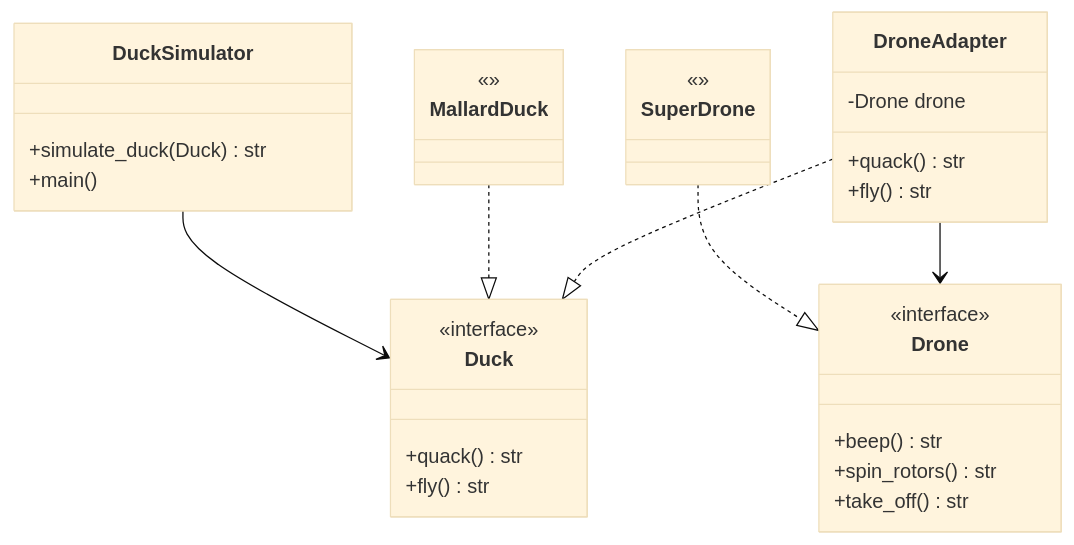
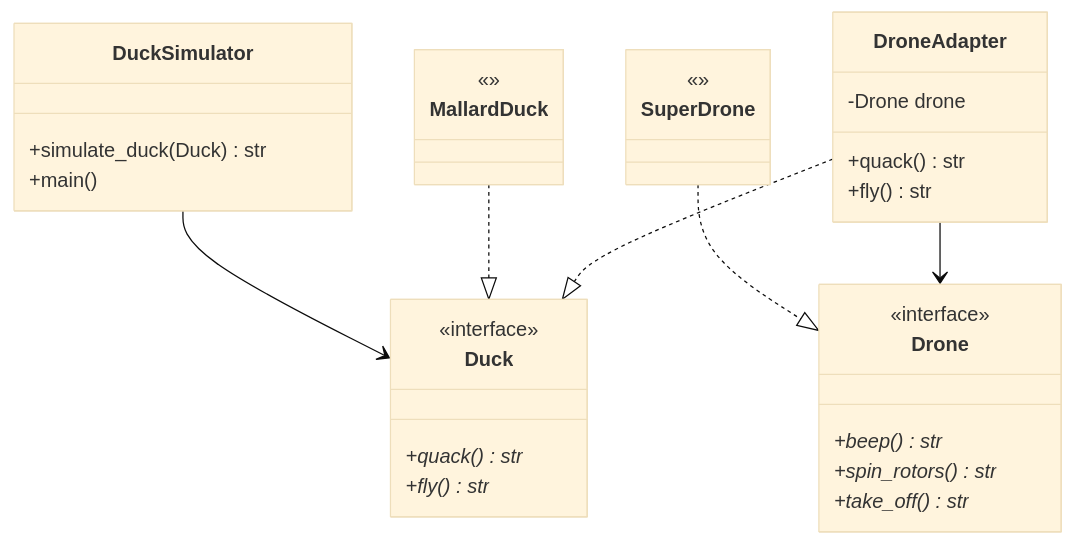
Before and after one commit to kvin007/test_readme: the diagram in SOLUTION2.md, drawn with Mermaid (base theme).

````diff
--- a/SOLUTION2.md
+++ b/SOLUTION2.md
@@ -21,37 +21,37 @@
 ```mermaid
 classDiagram
 class DuckSimulator {
     +simulate_duck(Duck) str
     +main()
 }
 class Duck {
     <<interface>>
-    +quack() str
-    +fly() str
+    +quack()* str
+    +fly()* str
 }
 class MallardDuck {
     <<>>
 }
 
 class Drone {
     <<interface>>
-    +beep() str
-    +spin_rotors() str
-    +take_off() str
+    +beep()* str
+    +spin_rotors()* str
+    +take_off()* str
 }
 class SuperDrone {
     <<>>
 }
 
 class DroneAdapter
 DroneAdapter : -Drone  drone
 DroneAdapter :  +quack() str
 DroneAdapter :  +fly() str
 
 
 DuckSimulator --> Duck
 MallardDuck ..|> Duck
 SuperDrone ..|> Drone
 DroneAdapter ..|> Duck
 DroneAdapter -->  Drone
 ```
````
